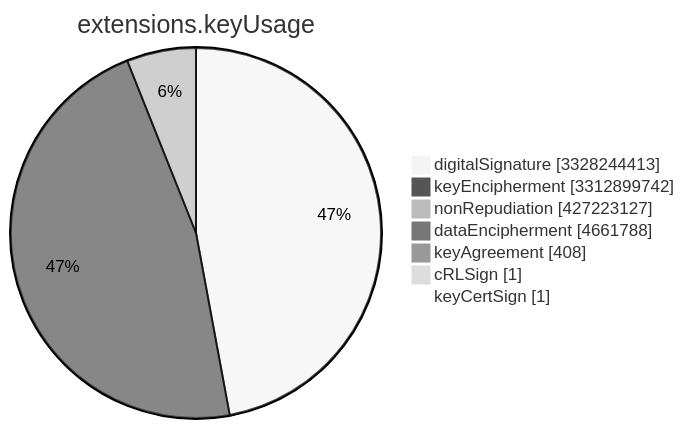
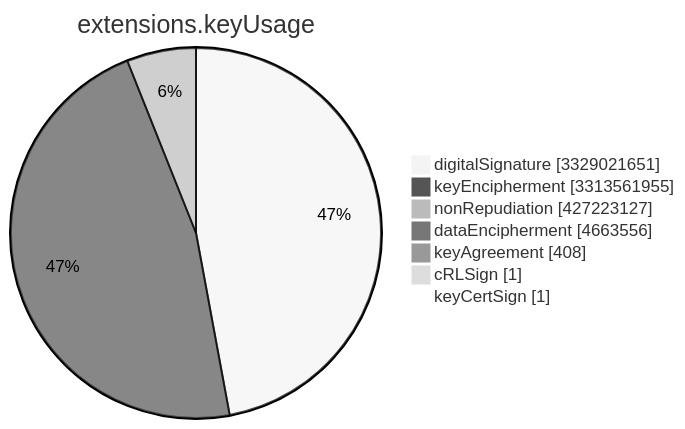
Before and after one commit to christiankrug/ctmonitor_visualization: the sixth of 15 diagrams in TOTAL/README.md, drawn with Mermaid (neutral theme). The commit also changed other lines of this file, not shown here.

````diff
--- a/TOTAL/README.md
+++ b/TOTAL/README.md
@@ -3078,11 +3078,11 @@
 ```mermaid
 pie showData
 title extensions.keyUsage
-"digitalSignature" :3328244413
-"keyEncipherment" :3312899742
+"digitalSignature" :3329021651
+"keyEncipherment" :3313561955
 "nonRepudiation" :427223127
-"dataEncipherment" :4661788
+"dataEncipherment" :4663556
 "keyAgreement" :408
 "cRLSign" :1
 "keyCertSign" :1
 ```
````
